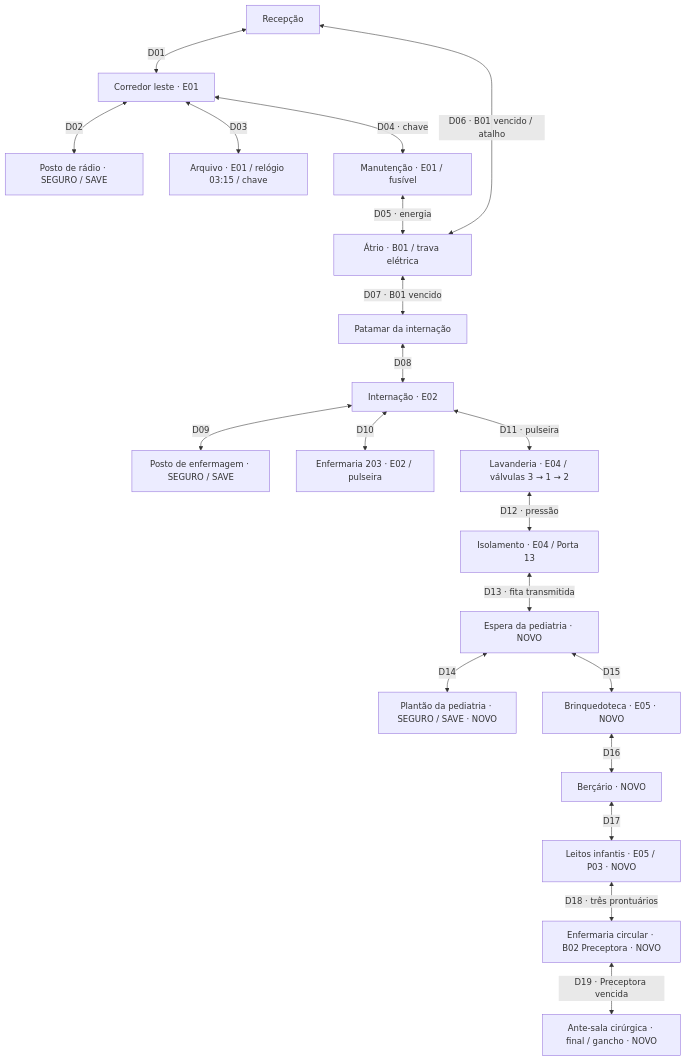
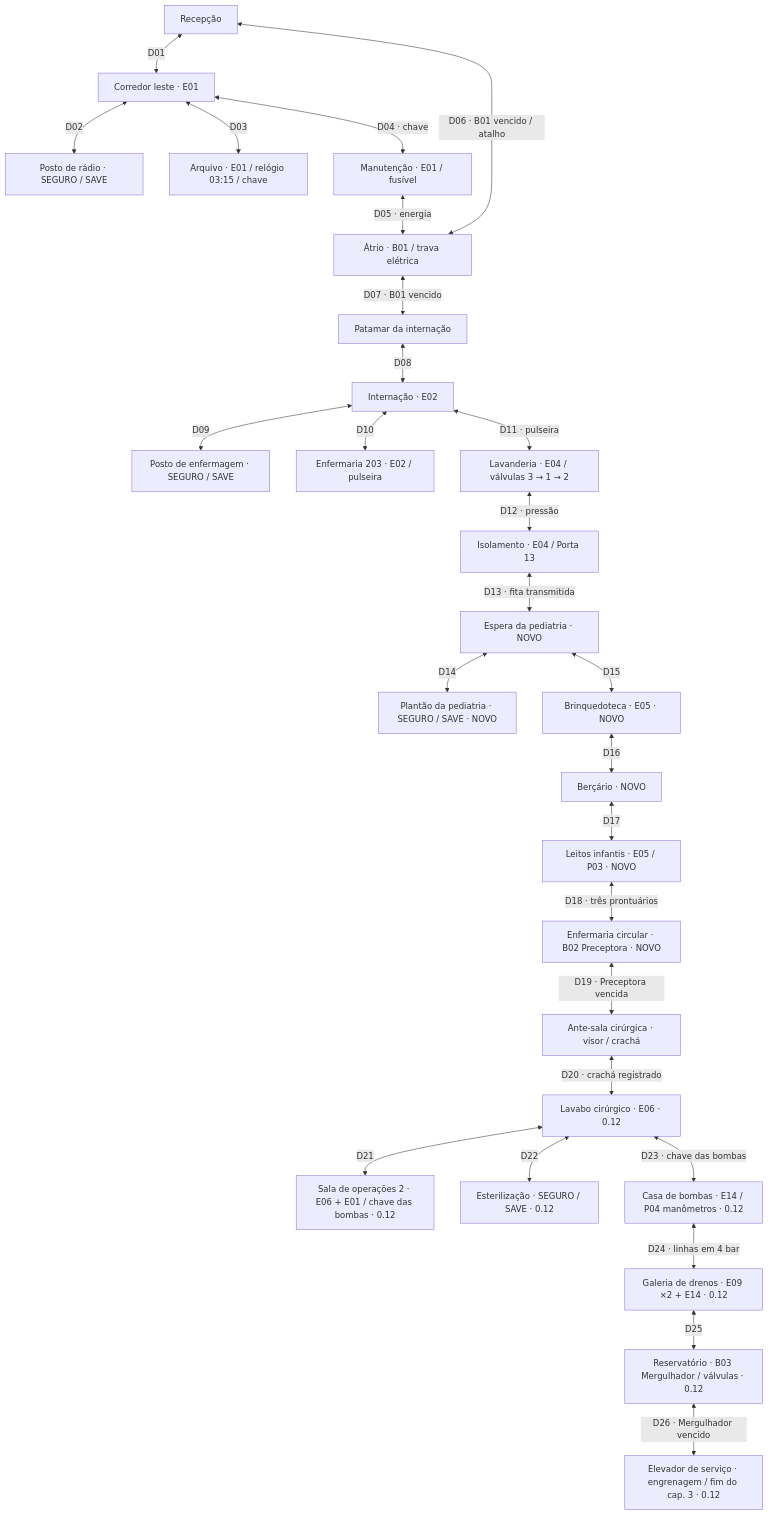
The diagram in docs/MAPA.md (luispauloalves500/limiar-ecos-da-quarentena), drawn with Mermaid before and after one commit. The commit also changed other lines of this file and 47 other files, not shown here.

````diff
--- a/docs/MAPA.md
+++ b/docs/MAPA.md
@@ -5,22 +5,29 @@
 ```mermaid
 flowchart TD
  R[Recepção] <-->|D01| C[Corredor leste · E01]
  C <-->|D02| S[Posto de rádio · SEGURO / SAVE]
  C <-->|D03| A[Arquivo · E01 / relógio 03:15 / chave]
  C <-->|D04 · chave| G[Manutenção · E01 / fusível]
  G <-->|D05 · energia| B[Átrio · B01 / trava elétrica]
  B <-->|D06 · B01 vencido / atalho| R
  B <-->|D07 · B01 vencido| P[Patamar da internação]
  P <-->|D08| I[Internação · E02]
  I <-->|D09| S2[Posto de enfermagem · SEGURO / SAVE]
  I <-->|D10| E[Enfermaria 203 · E02 / pulseira]
  I <-->|D11 · pulseira| L[Lavanderia · E04 / válvulas 3 → 1 → 2]
  L <-->|D12 · pressão| X[Isolamento · E04 / Porta 13]
  X <-->|D13 · fita transmitida| W[Espera da pediatria · NOVO]
  W <-->|D14| S3[Plantão da pediatria · SEGURO / SAVE · NOVO]
  W <-->|D15| Y[Brinquedoteca · E05 · NOVO]
  Y <-->|D16| N[Berçário · NOVO]
  N <-->|D17| T[Leitos infantis · E05 / P03 · NOVO]
  T <-->|D18 · três prontuários| Q[Enfermaria circular · B02 Preceptora · NOVO]
- Q <-->|D19 · Preceptora vencida| V[Ante-sala cirúrgica · final / gancho · NOVO]
+ Q <-->|D19 · Preceptora vencida| V[Ante-sala cirúrgica · visor / crachá]
+ V <-->|D20 · crachá registrado| LV[Lavabo cirúrgico · E06 · 0.12]
+ LV <-->|D21| OP[Sala de operações 2 · E06 + E01 / chave das bombas · 0.12]
+ LV <-->|D22| ES[Esterilização · SEGURO / SAVE · 0.12]
+ LV <-->|D23 · chave das bombas| CB[Casa de bombas · E14 / P04 manômetros · 0.12]
+ CB <-->|D24 · linhas em 4 bar| GD[Galeria de drenos · E09 ×2 + E14 · 0.12]
+ GD <-->|D25| RS[Reservatório · B03 Mergulhador / válvulas · 0.12]
+ RS <-->|D26 · Mergulhador vencido| EL[Elevador de serviço · engrenagem / fim do cap. 3 · 0.12]
 ```
````
